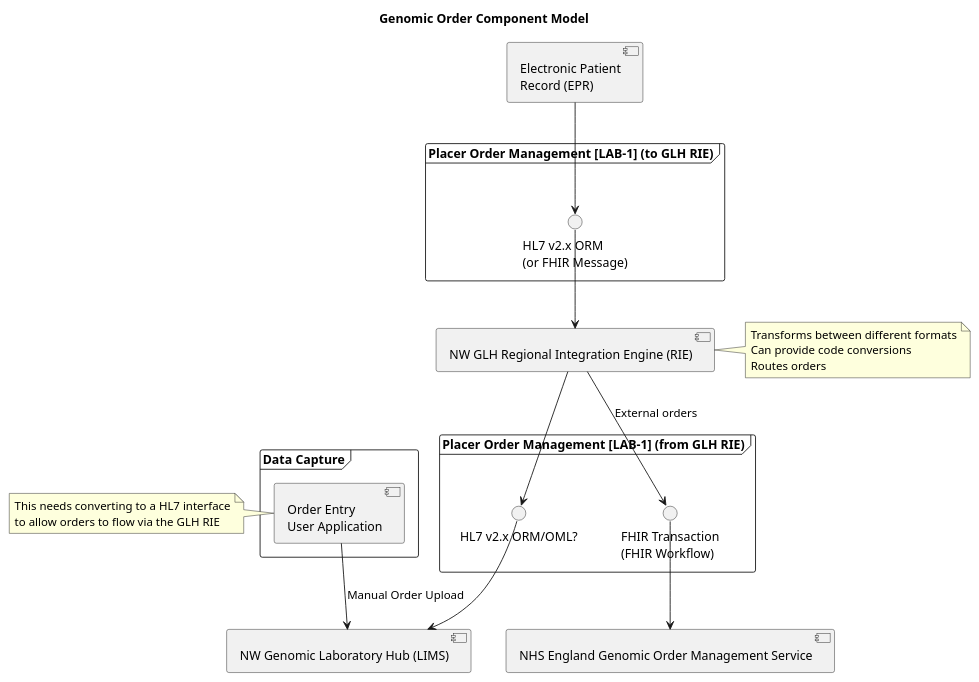
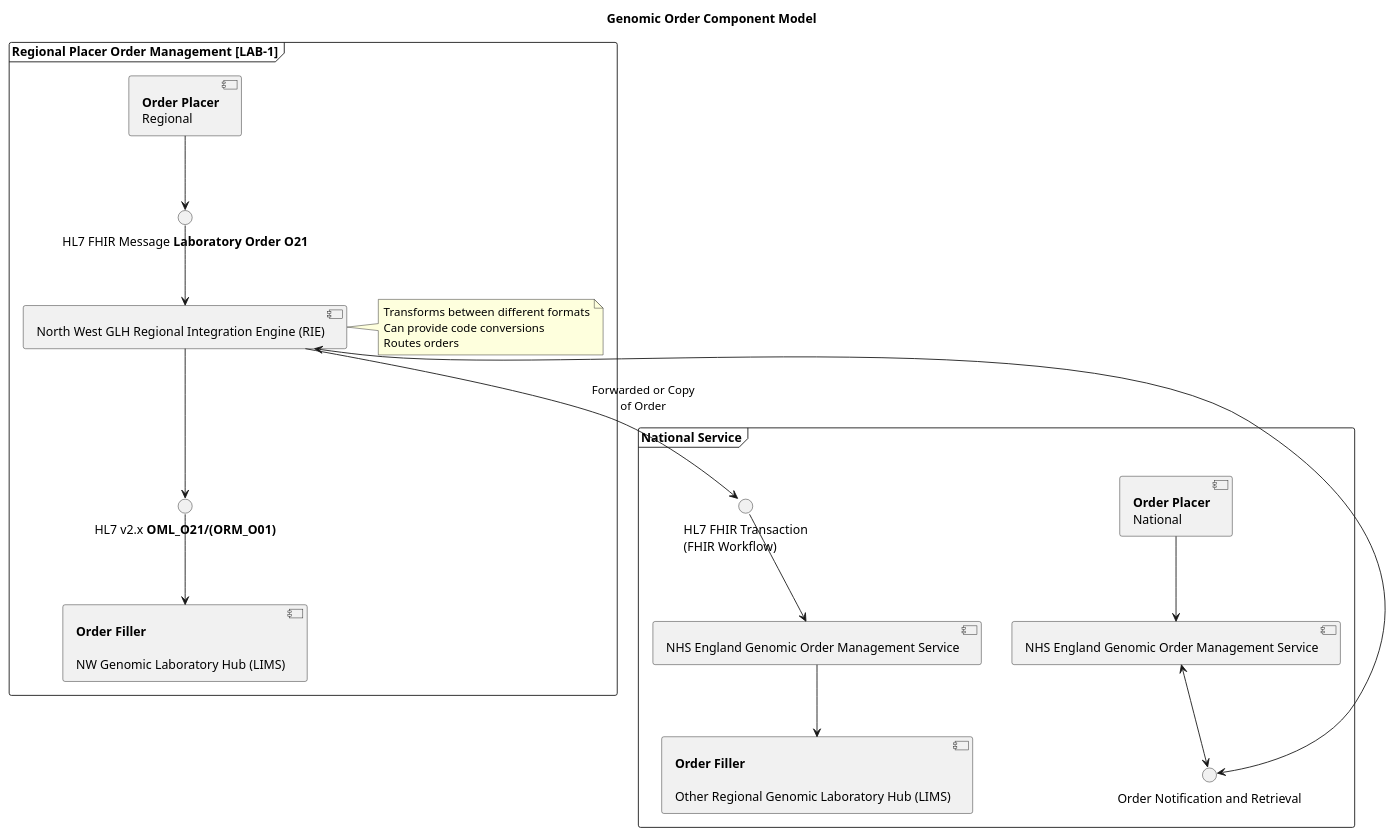
One commit to nw-gmsa/nw-gmsa.github.com changed the diagram in input/images-source/orders-component.plantuml. Above: the diagram before and after it, drawn with PlantUML. The commit also changed 4 other files, not shown here.

```diff
--- a/input/images-source/orders-component.plantuml
+++ b/input/images-source/orders-component.plantuml
@@ -1,43 +1,46 @@
 @startuml
 
 title "Genomic Order Component Model"
 
-component "NW Genomic Laboratory Hub (LIMS)" as LIMS
-component "Electronic Patient\nRecord (EPR)" as EPR
-component "NW GLH Regional Integration Engine (RIE)" as TIE
-component "NHS England Genomic Order Management Service" as GOMS
+frame "Regional Placer Order Management [LAB-1]" as LAB1 {
+  component "**Order Filler**\n\nNW Genomic Laboratory Hub (LIMS)" as LIMS
+  component "**Order Placer**\nRegional" as EPR
+  component "North West GLH Regional Integration Engine (RIE)" as TIE
 
-frame "Data Capture" as sdc {
-  component "Order Entry\nUser Application" as user
+ interface "HL7 FHIR Message **Laboratory Order O21**" as HL7_ORM1
+
+ interface "HL7 v2.x **OML_O21/(ORM_O01)**" as HL7_ORM2
+
+  note right of TIE
+  Transforms between different formats
+  Can provide code conversions
+  Routes orders
+  end note
 }
 
-frame "Placer Order Management [LAB-1] (to GLH RIE)" as xChange1 {
- interface "HL7 v2.x ORM\n(or FHIR Message)" as HL7_ORM1
-}
+frame "National Service" as future {
+ component "**Order Placer**\nNational" as EPRE
+ component "NHS England Genomic Order Management Service" as GOMSp
+ component "**Order Filler**\n\nOther Regional Genomic Laboratory Hub (LIMS)" as LIMSE
+ component "NHS England Genomic Order Management Service" as GOMS
+ interface "Order Notification and Retrieval" as notify
+ interface "HL7 FHIR Transaction\n(FHIR Workflow)" as Transaction
 
-frame "Placer Order Management [LAB-1] (from GLH RIE)" as xChange2 {
- interface "HL7 v2.x ORM/OML?" as HL7_ORM2
- interface "FHIR Transaction\n(FHIR Workflow)" as Transaction
+
+ EPRE -d-> GOMSp
+ GOMSp <-d-> notify
+ notify <-d-> TIE
 }
 
 EPR -d-> HL7_ORM1
 HL7_ORM1 -d-> TIE
 TIE -d-> HL7_ORM2
-TIE -d-> Transaction: External orders
+TIE -d-> Transaction: Forwarded or Copy\nof Order
 Transaction -d-> GOMS
+GOMS -d-> LIMSE
 
 HL7_ORM2 -d-> LIMS
-user -d-> LIMS : Manual Order Upload
 
-note left of user
-This needs converting to a HL7 interface
-to allow orders to flow via the GLH RIE
-end note
 
-note right of TIE
-Transforms between different formats
-Can provide code conversions
-Routes orders
-end note
 
 @enduml
```
